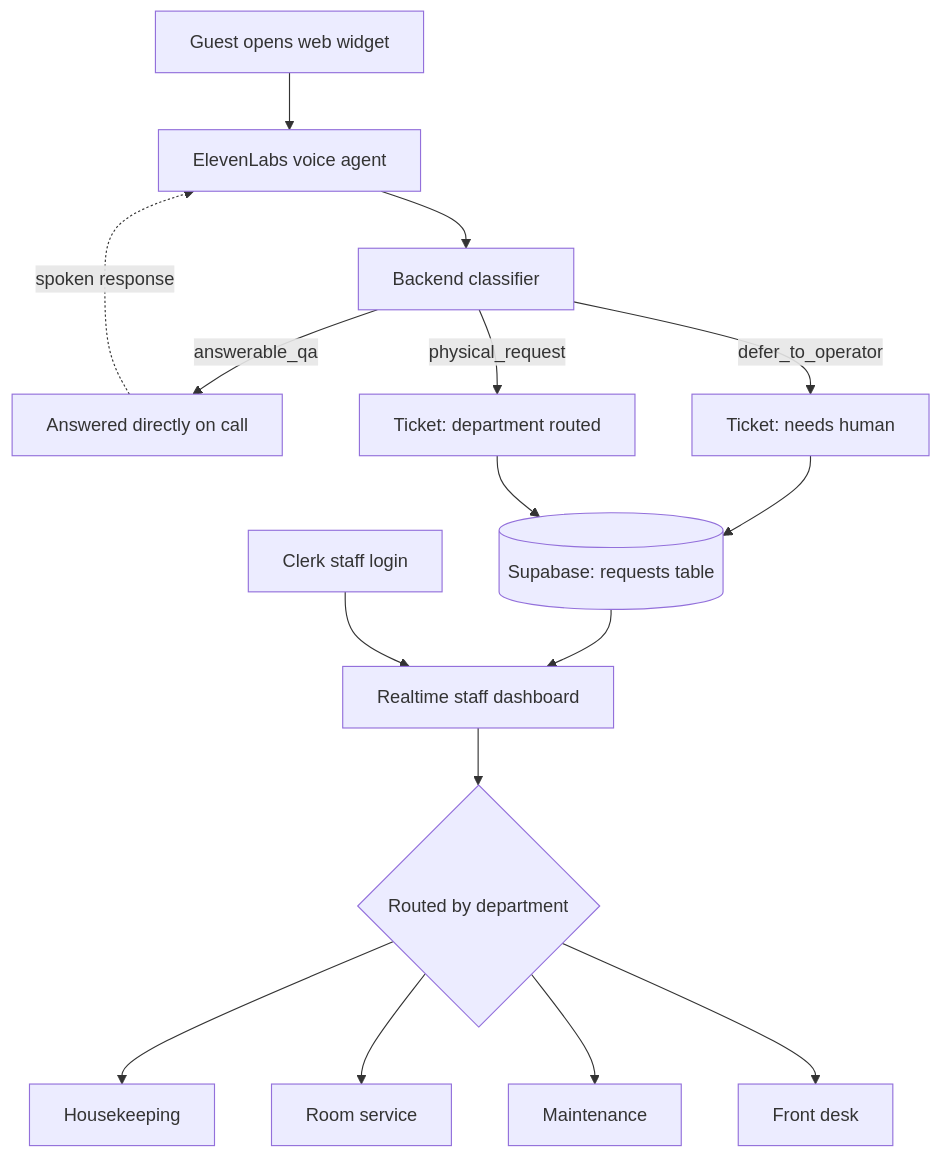
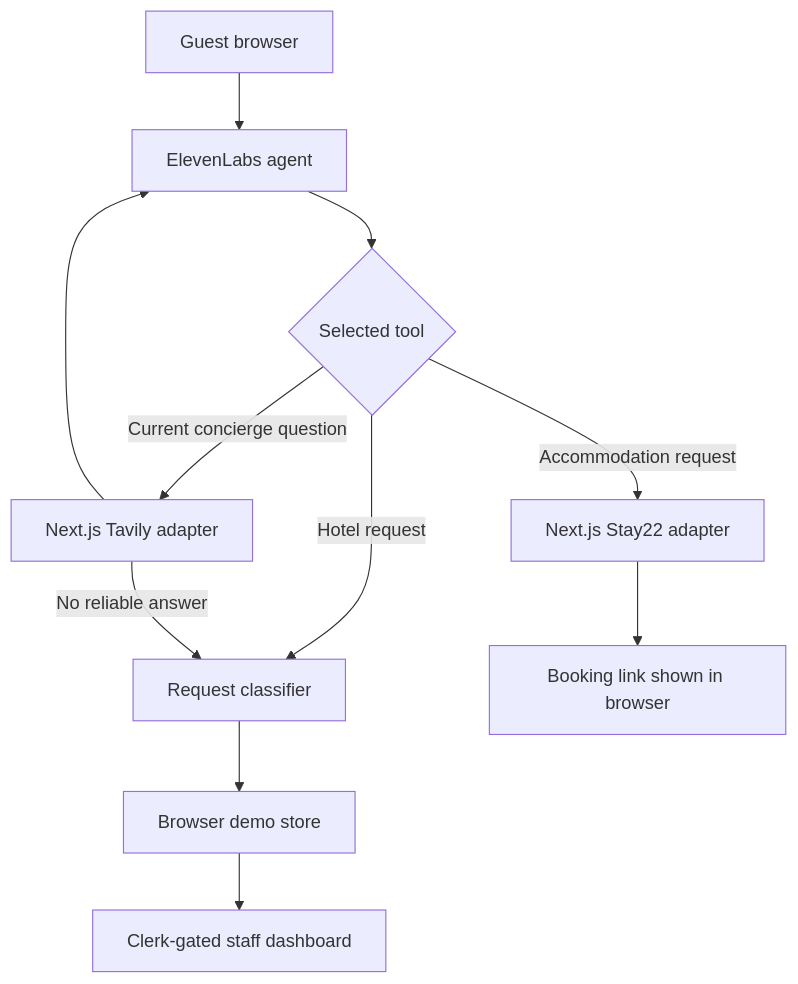
The diagram in docs/architecture.md (antunishdPursuit/Landline), drawn with Mermaid before and after one commit. The commit also changed other lines of this file, not shown here.

Commit message:
docs: define local demo architecture

````diff
--- a/docs/architecture.md
+++ b/docs/architecture.md
@@ -3,18 +41,13 @@
 ```mermaid
 flowchart TD
-    A[Guest opens web widget] --> B[ElevenLabs voice agent]
-    B --> C[Backend classifier]
-    C -->|answerable_qa| D[Answered directly on call]
-    D -.->|spoken response| B
-    C -->|defer_to_operator| E[Ticket: needs human]
-    C -->|physical_request| F[Ticket: department routed]
-    E --> G[(Supabase: requests table)]
-    F --> G
-    G --> H[Realtime staff dashboard]
-    I[Clerk staff login] --> H
-    H --> J{Routed by department}
-    J --> K[Housekeeping]
-    J --> L[Room service]
-    J --> M[Maintenance]
-    J --> N[Front desk]
+    A["Guest browser"] --> B["ElevenLabs agent"]
+    B --> C{"Selected tool"}
+    C -->|"Hotel request"| D["Request classifier"]
+    D --> E["Browser demo store"]
+    E --> F["Clerk-gated staff dashboard"]
+    C -->|"Current concierge question"| G["Next.js Tavily adapter"]
+    G --> B
+    C -->|"Accommodation request"| H["Next.js Stay22 adapter"]
+    H --> I["Booking link shown in browser"]
+    G -->|"No reliable answer"| D
 ```
````
